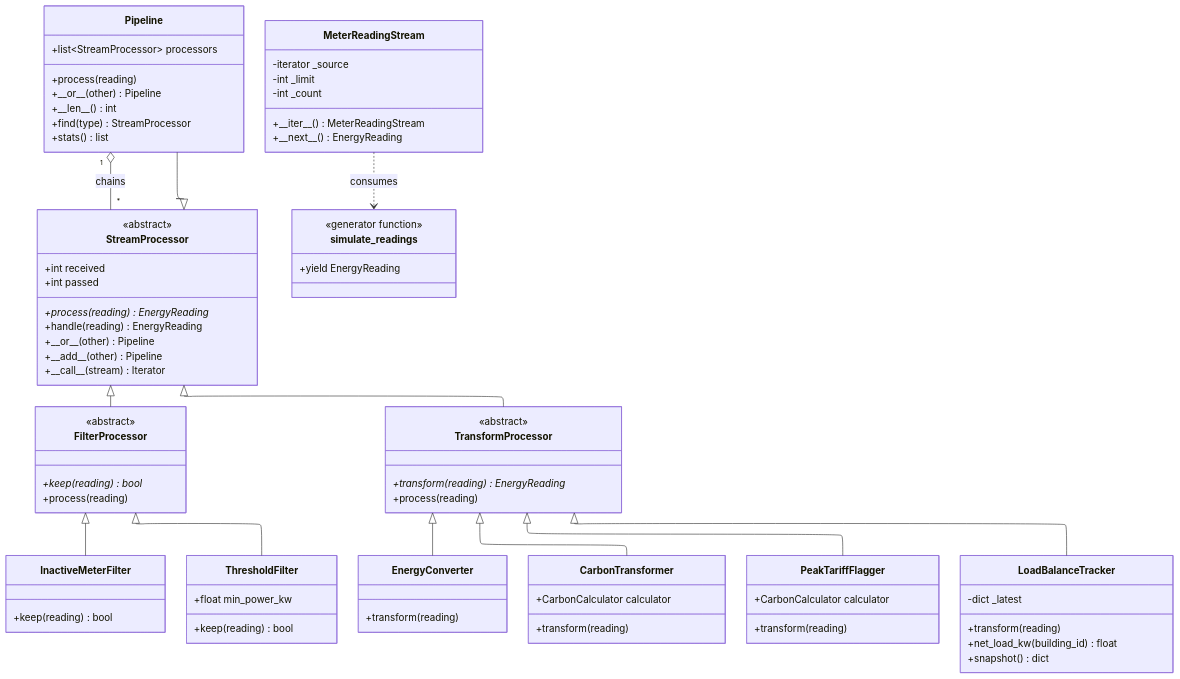
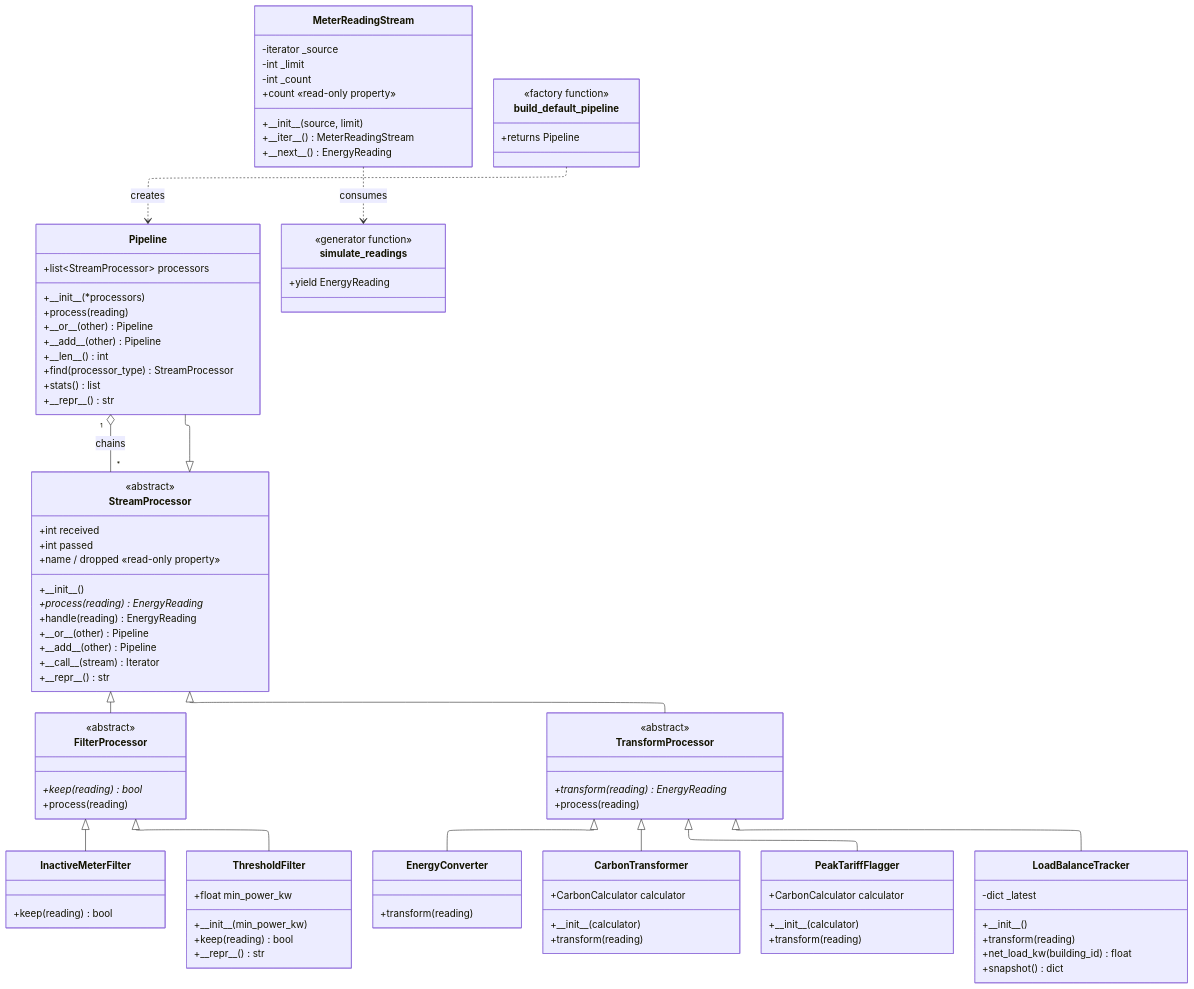
One commit to abhnasim/smart-energy-monitor changed the diagram in docs/uml/2_pipeline.mmd. Above: the diagram before and after it, drawn with Mermaid. The commit also changed 8 other files, not shown here.

Commit message:
Complete the UML class diagrams

```diff
--- a/docs/uml/2_pipeline.mmd
+++ b/docs/uml/2_pipeline.mmd
@@ -1,73 +1,91 @@
 %%{init: {"layout": "elk"}}%%
 classDiagram
 direction TB
 class StreamProcessor {
   <<abstract>>
   +int received
   +int passed
+  +#95;#95;init#95;#95;()
   +process(reading)* EnergyReading
   +handle(reading) EnergyReading
+  +name / dropped «read-only property»
   +#95;#95;or#95;#95;(other) Pipeline
   +#95;#95;add#95;#95;(other) Pipeline
   +#95;#95;call#95;#95;(stream) Iterator
+  +#95;#95;repr#95;#95;() str
 }
 class FilterProcessor {
   <<abstract>>
   +keep(reading)* bool
   +process(reading)
 }
 class TransformProcessor {
   <<abstract>>
   +transform(reading)* EnergyReading
   +process(reading)
 }
 class InactiveMeterFilter { +keep(reading) bool }
 class ThresholdFilter {
   +float min_power_kw
+  +#95;#95;init#95;#95;(min_power_kw)
   +keep(reading) bool
+  +#95;#95;repr#95;#95;() str
 }
 class EnergyConverter { +transform(reading) }
 class CarbonTransformer {
   +CarbonCalculator calculator
+  +#95;#95;init#95;#95;(calculator)
   +transform(reading)
 }
 class PeakTariffFlagger {
   +CarbonCalculator calculator
+  +#95;#95;init#95;#95;(calculator)
   +transform(reading)
 }
 class LoadBalanceTracker {
   -dict _latest
+  +#95;#95;init#95;#95;()
   +transform(reading)
   +net_load_kw(building_id) float
   +snapshot() dict
 }
 class Pipeline {
   +list~StreamProcessor~ processors
+  +#95;#95;init#95;#95;(*processors)
   +process(reading)
   +#95;#95;or#95;#95;(other) Pipeline
+  +#95;#95;add#95;#95;(other) Pipeline
   +#95;#95;len#95;#95;() int
-  +find(type) StreamProcessor
+  +find(processor_type) StreamProcessor
   +stats() list
+  +#95;#95;repr#95;#95;() str
 }
 class MeterReadingStream {
   -iterator _source
   -int _limit
   -int _count
+  +#95;#95;init#95;#95;(source, limit)
   +#95;#95;iter#95;#95;() MeterReadingStream
   +#95;#95;next#95;#95;() EnergyReading
+  +count «read-only property»
 }
 class simulate_readings {
   <<generator function>>
   +yield EnergyReading
+}
+class build_default_pipeline {
+  <<factory function>>
+  +returns Pipeline
 }
 StreamProcessor <|-- FilterProcessor
 StreamProcessor <|-- TransformProcessor
 FilterProcessor <|-- InactiveMeterFilter
 FilterProcessor <|-- ThresholdFilter
 TransformProcessor <|-- EnergyConverter
 TransformProcessor <|-- CarbonTransformer
 TransformProcessor <|-- PeakTariffFlagger
 TransformProcessor <|-- LoadBalanceTracker
 StreamProcessor <|-- Pipeline
 Pipeline "1" o-- "*" StreamProcessor : chains
 MeterReadingStream ..> simulate_readings : consumes
+build_default_pipeline ..> Pipeline : creates
```
